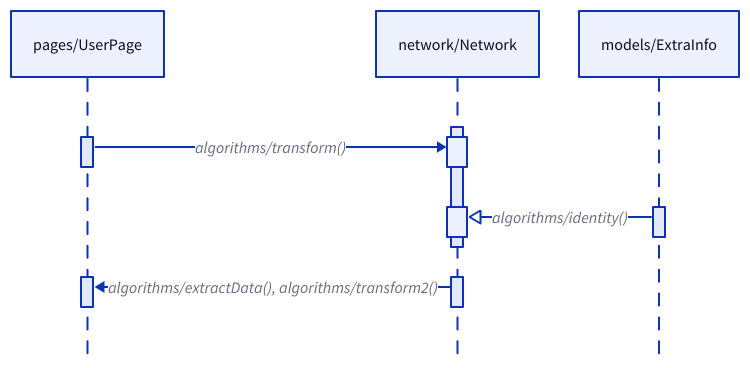
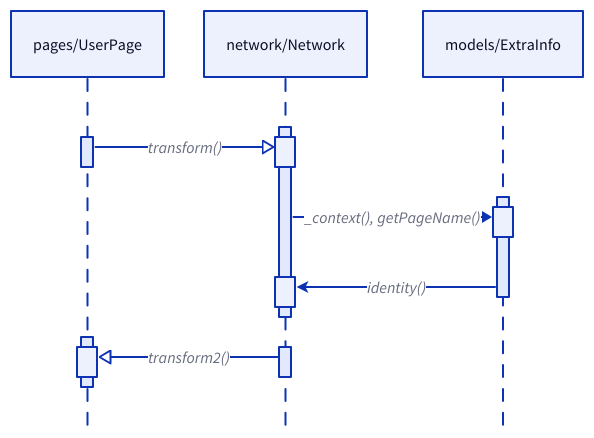
Before and after one commit to sien75/GraphiCode-skills: the diagram in junior-engineer-ts-flow/SKILL.md, drawn with D2. The commit also changed other lines of this file and 4 other files, not shown here.

Commit message:
flow change - part 1

````diff
--- a/junior-engineer-ts-flow/SKILL.md
+++ b/junior-engineer-ts-flow/SKILL.md
@@ -43,17 +71,31 @@
 ```d2
 shape: sequence_diagram
 
 UserPage: pages/UserPage
 Network: network/Network
 ExtraInfo: models/ExtraInfo
 
-UserPage.onUserClick -> Network.triggerReq.id: algorithms/transform()
-
-ExtraInfo.getToken -> Network.triggerReq.token: algorithms/identity() {
+# 0
+UserPage.onUserClick -> Network.triggerReq.id: transform() {
   target-arrowhead: {
     style.filled: false
   }
 }
 
-Network.onRes -> UserPage.renderDOM: algorithms/extractData(), algorithms/transform2()
+# 1
+Network.triggerReq -> ExtraInfo.getToken.pageName: _context(), getPageName()
+
+# 2
+ExtraInfo.getToken -> Network.triggerReq.token: identity() {
+  target-arrowhead: {
+    shape: arrow
+  }
+}
+
+# 3
+Network.onRes -> UserPage.renderDOM.userInfo: transform2() {
+  target-arrowhead: {
+    style.filled: false
+  }
+}
 ```
````
